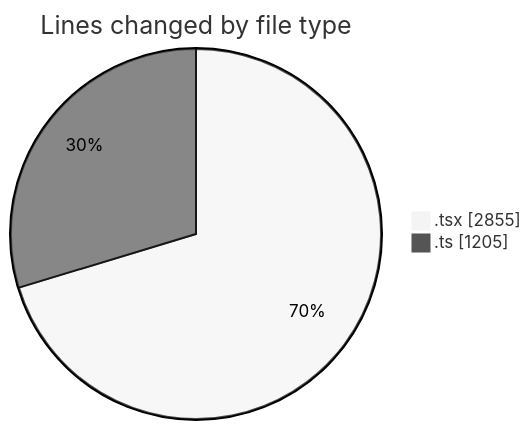
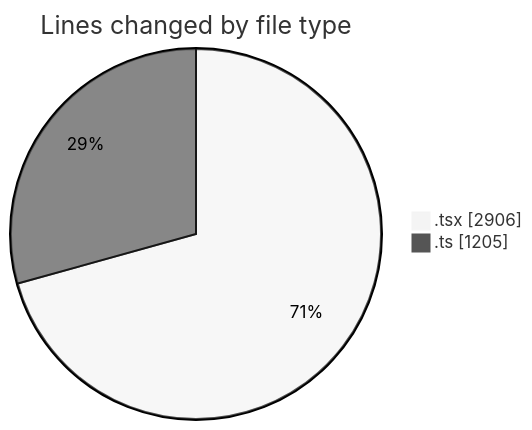
One commit to nxtqubesakshisongat/code-tracking changed the first of 2 diagrams in 2026-02-18/nxtqube_webapp/README.md. Above: the diagram before and after it, drawn with Mermaid (neutral theme). The commit also changed other lines of this file and 1 other file, not shown here.

````diff
--- a/2026-02-18/nxtqube_webapp/README.md
+++ b/2026-02-18/nxtqube_webapp/README.md
@@ -27,6 +27,6 @@
 ```mermaid
 pie showData
 title Lines changed by file type
-".tsx" : 2855
+".tsx" : 2906
 ".ts" : 1205
 ```
````
